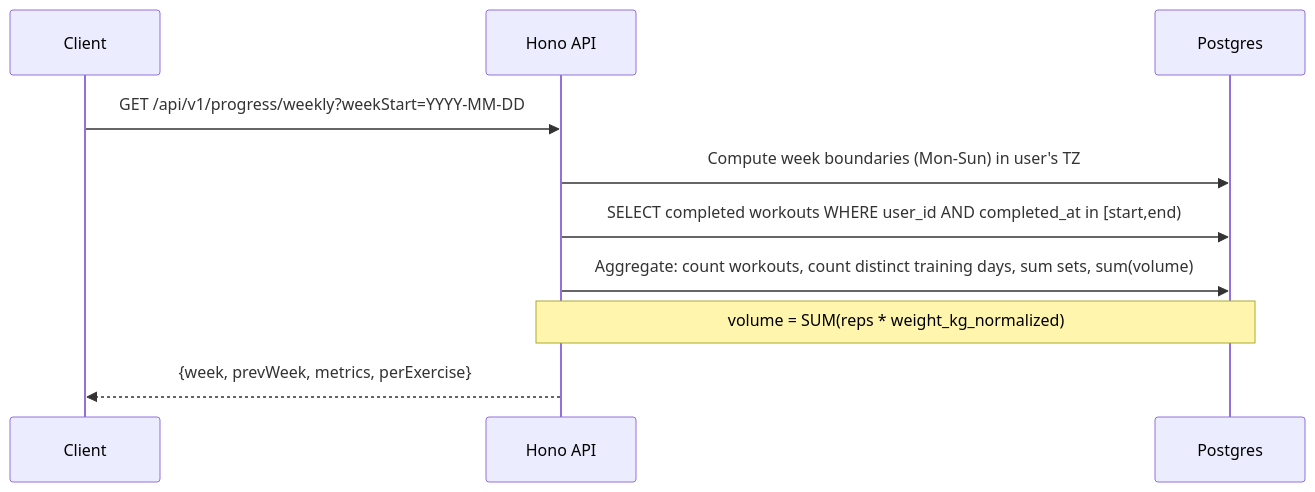
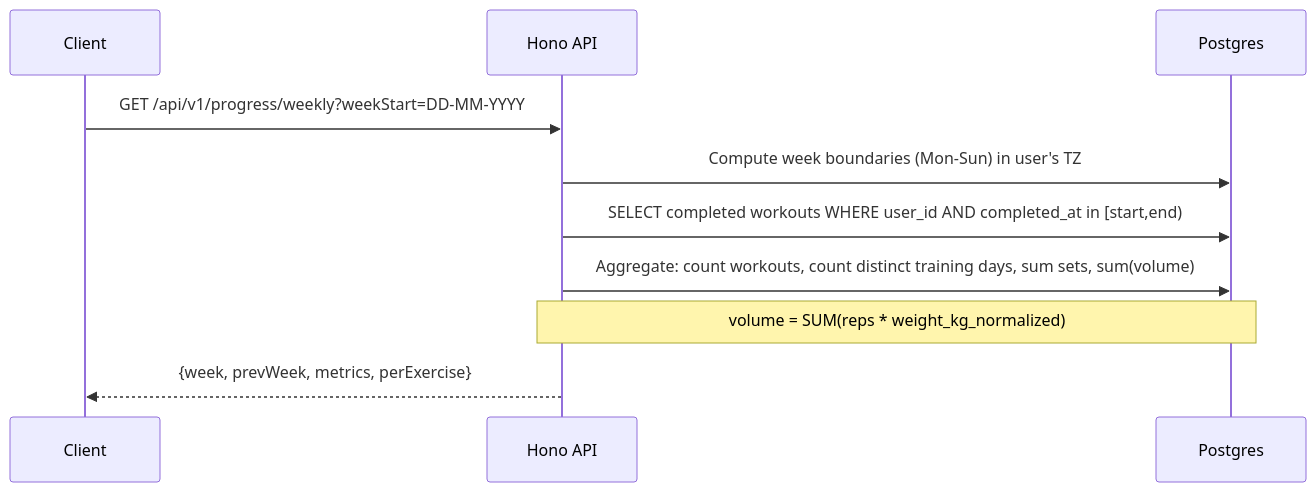
The fifth of 6 diagrams in documents/fitpal-phase1-research.md (MainakSen30/fitpal), drawn with Mermaid before and after one commit. The commit also changed 22 other files, not shown here.

````diff
--- a/documents/fitpal-phase1-research.md
+++ b/documents/fitpal-phase1-research.md
@@ -216,13 +216,13 @@
 ```mermaid
 sequenceDiagram
   participant C as Client
   participant A as Hono API
   participant DB as Postgres
 
-  C->>A: GET /api/v1/progress/weekly?weekStart=YYYY-MM-DD
+  C->>A: GET /api/v1/progress/weekly?weekStart=DD-MM-YYYY
   A->>DB: Compute week boundaries (Mon-Sun) in user's TZ
   A->>DB: SELECT completed workouts WHERE user_id AND completed_at in [start,end)
   A->>DB: Aggregate: count workouts, count distinct training days, sum sets, sum(volume)
   Note over A,DB: volume = SUM(reps * weight_kg_normalized)
   A-->>C: {week, prevWeek, metrics, perExercise}
 ```
````
